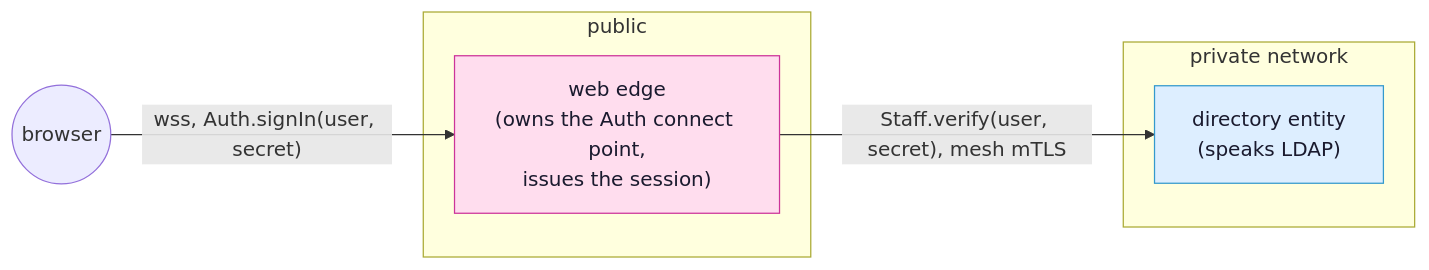
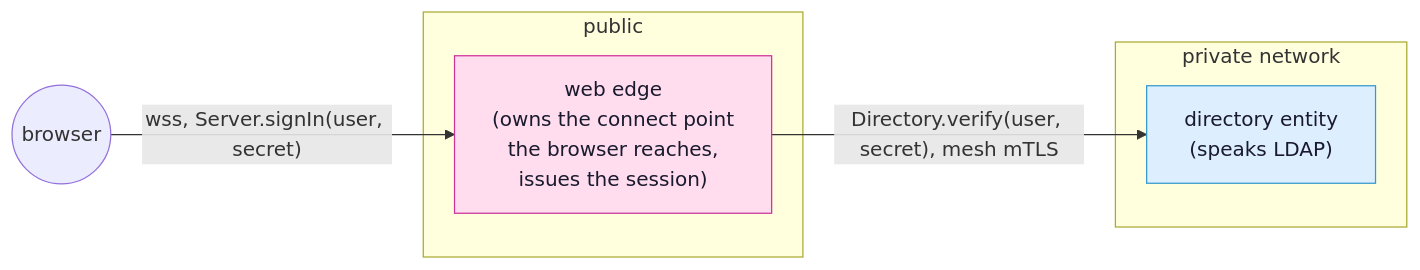
One commit to Kidev/SynQt changed the second of 2 diagrams in docs/tutorial-advanced-identity.md. Above: the diagram before and after it, drawn with Mermaid. The commit also changed other lines of this file and 12 other files, not shown here.

````diff
--- a/docs/tutorial-advanced-identity.md
+++ b/docs/tutorial-advanced-identity.md
@@ -146,14 +144,14 @@
 ```mermaid
 flowchart LR
   user(("browser"))
-  user -->|"wss, Auth.signIn(user, secret)"| web
+  user -->|"wss, Server.signIn(user, secret)"| web
   subgraph public
-    web["<span style='color:#1a1a2e'>web edge<br/>(owns the Auth connect point,<br/>issues the session)</span>"]
+    web["<span style='color:#1a1a2e'>web edge<br/>(owns the connect point<br/>the browser reaches,<br/>issues the session)</span>"]
   end
   subgraph private["private network"]
     dir["<span style='color:#1a1a2e'>directory entity<br/>(speaks LDAP)</span>"]
   end
-  web -->|"Staff.verify(user, secret), mesh mTLS"| dir
+  web -->|"Directory.verify(user, secret), mesh mTLS"| dir
   style web fill:#fde,stroke:#c39,color:#1a1a2e
   style dir fill:#def,stroke:#39c,color:#1a1a2e
 ```
````
